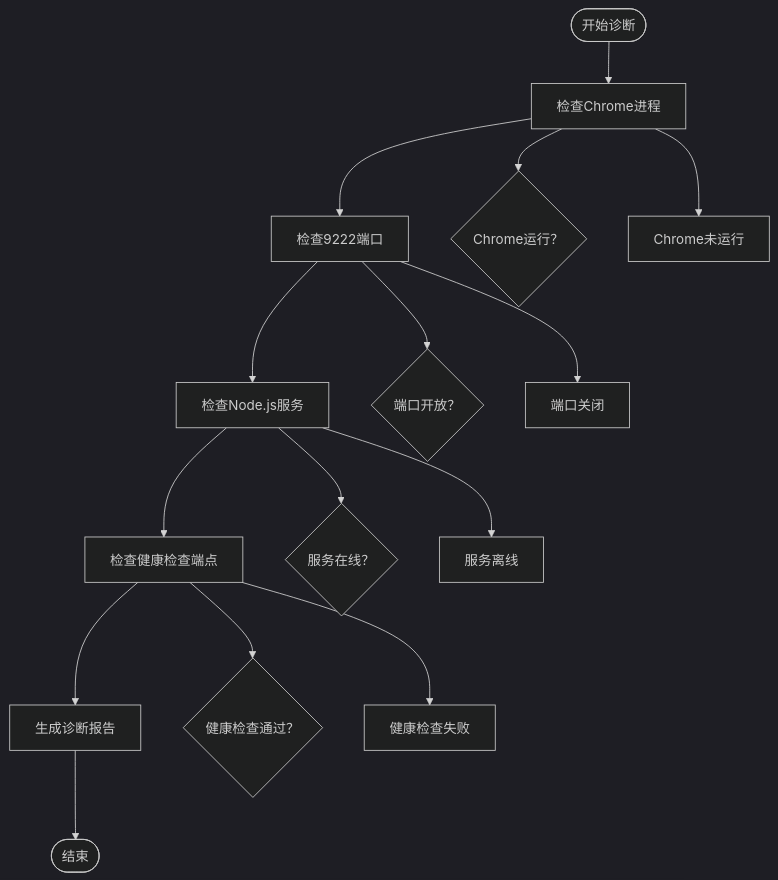
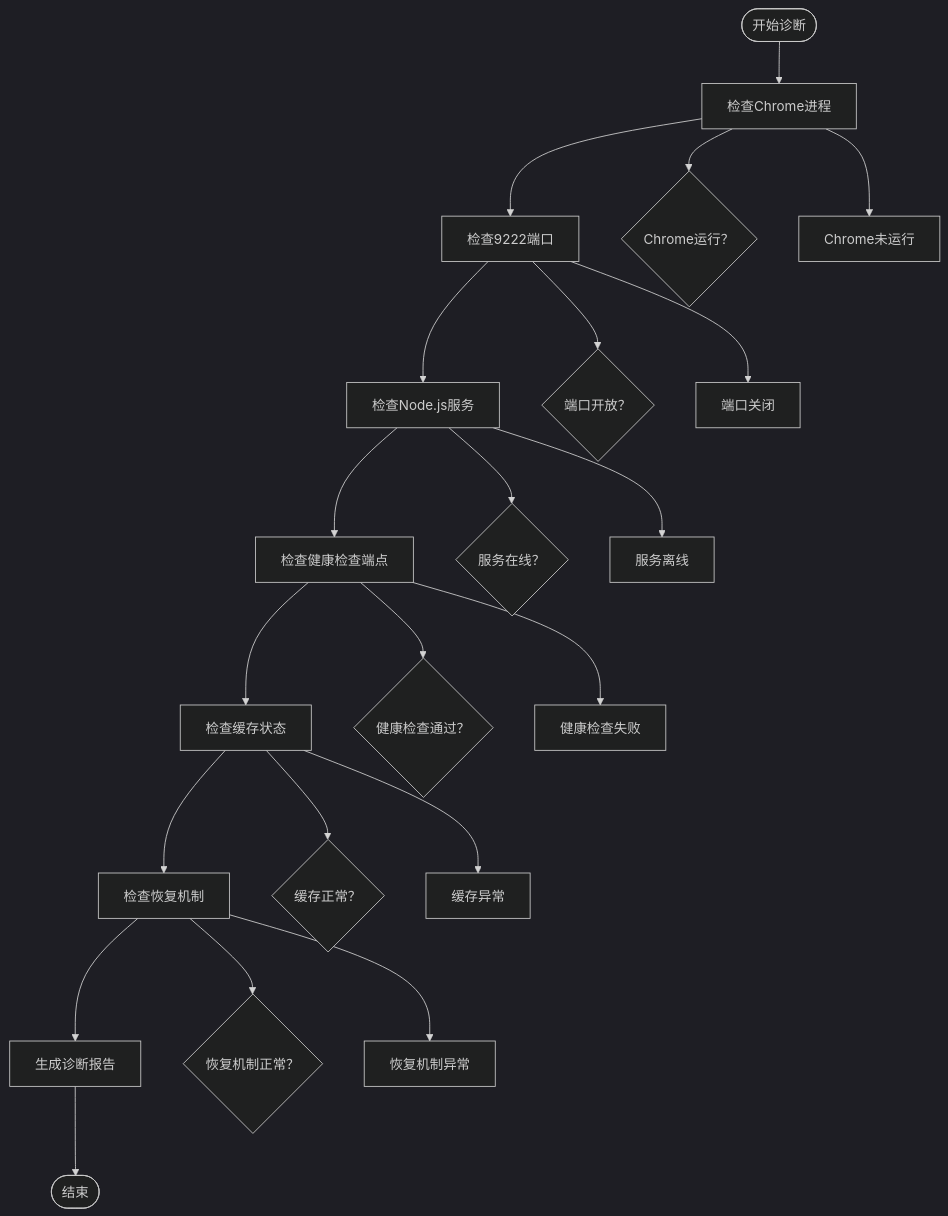
The ninth of 11 diagrams in .qoder/repowiki/zh/content/外部工具集成/Node.js桥接工具.md (wangys-123doit/hotkey), drawn with Mermaid (dark theme) before and after one commit. The commit also changed other lines of this file and 9 other files, not shown here.

````diff
--- a/.qoder/repowiki/zh/content/外部工具集成/Node.js桥接工具.md
+++ b/.qoder/repowiki/zh/content/外部工具集成/Node.js桥接工具.md
@@ -410,17 +526,23 @@
 ```mermaid
 flowchart TD
 Start([开始诊断]) --> CheckChrome["检查Chrome进程"]
 CheckChrome --> CheckPort["检查9222端口"]
 CheckPort --> CheckBridge["检查Node.js服务"]
 CheckBridge --> CheckHealth["检查健康检查端点"]
-CheckHealth --> Report["生成诊断报告"]
+CheckHealth --> CheckCache["检查缓存状态"]
+CheckCache --> CheckRecovery["检查恢复机制"]
+CheckRecovery --> Report["生成诊断报告"]
 Report --> End([结束])
 CheckChrome --> ChromeOK{"Chrome运行？"}
 CheckChrome --> ChromeFail["Chrome未运行"]
 CheckPort --> PortOK{"端口开放？"}
 CheckPort --> PortFail["端口关闭"]
 CheckBridge --> BridgeOK{"服务在线？"}
 CheckBridge --> BridgeFail["服务离线"]
 CheckHealth --> HealthOK{"健康检查通过？"}
 CheckHealth --> HealthFail["健康检查失败"]
+CheckCache --> CacheOK{"缓存正常？"}
+CheckCache --> CacheFail["缓存异常"]
+CheckRecovery --> RecoveryOK{"恢复机制正常？"}
+CheckRecovery --> RecoveryFail["恢复机制异常"]
 ```
````
